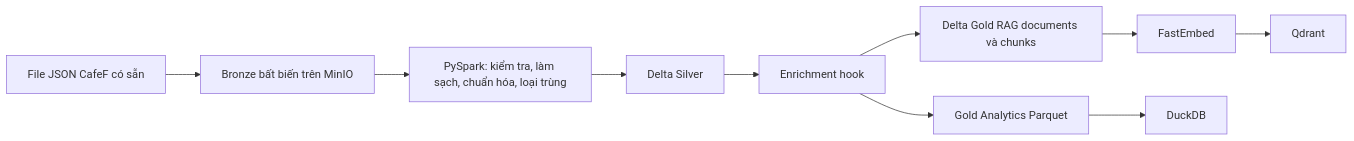
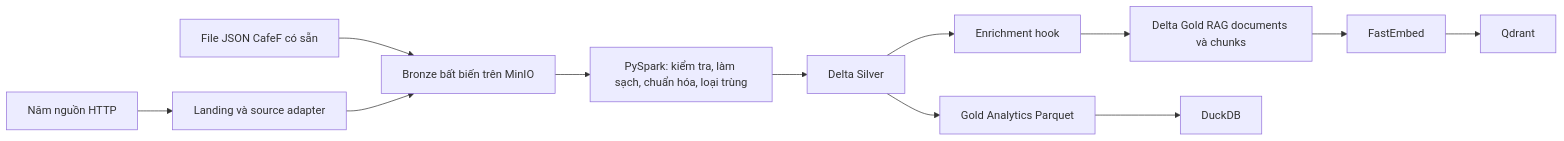
The first of 4 diagrams in docs/demo-guide-vi.md (minhphu05/financial-news), drawn with Mermaid before and after one commit. The commit also changed other lines of this file and 19 other files, not shown here.

````diff
--- a/docs/demo-guide-vi.md
+++ b/docs/demo-guide-vi.md
@@ -59,12 +91,14 @@
 ```mermaid
 flowchart LR
     A[File JSON CafeF có sẵn] --> B[Bronze bất biến trên MinIO]
+    WEB[Năm nguồn HTTP] --> LAND[Landing và source adapter]
+    LAND --> B
     B --> C[PySpark: kiểm tra, làm sạch, chuẩn hóa, loại trùng]
     C --> D[Delta Silver]
     D --> E[Enrichment hook]
     E --> F[Delta Gold RAG documents và chunks]
-    E --> G[Gold Analytics Parquet]
+    D --> G[Gold Analytics Parquet]
     F --> H[FastEmbed]
     H --> I[Qdrant]
     G --> J[DuckDB]
 ```
````
